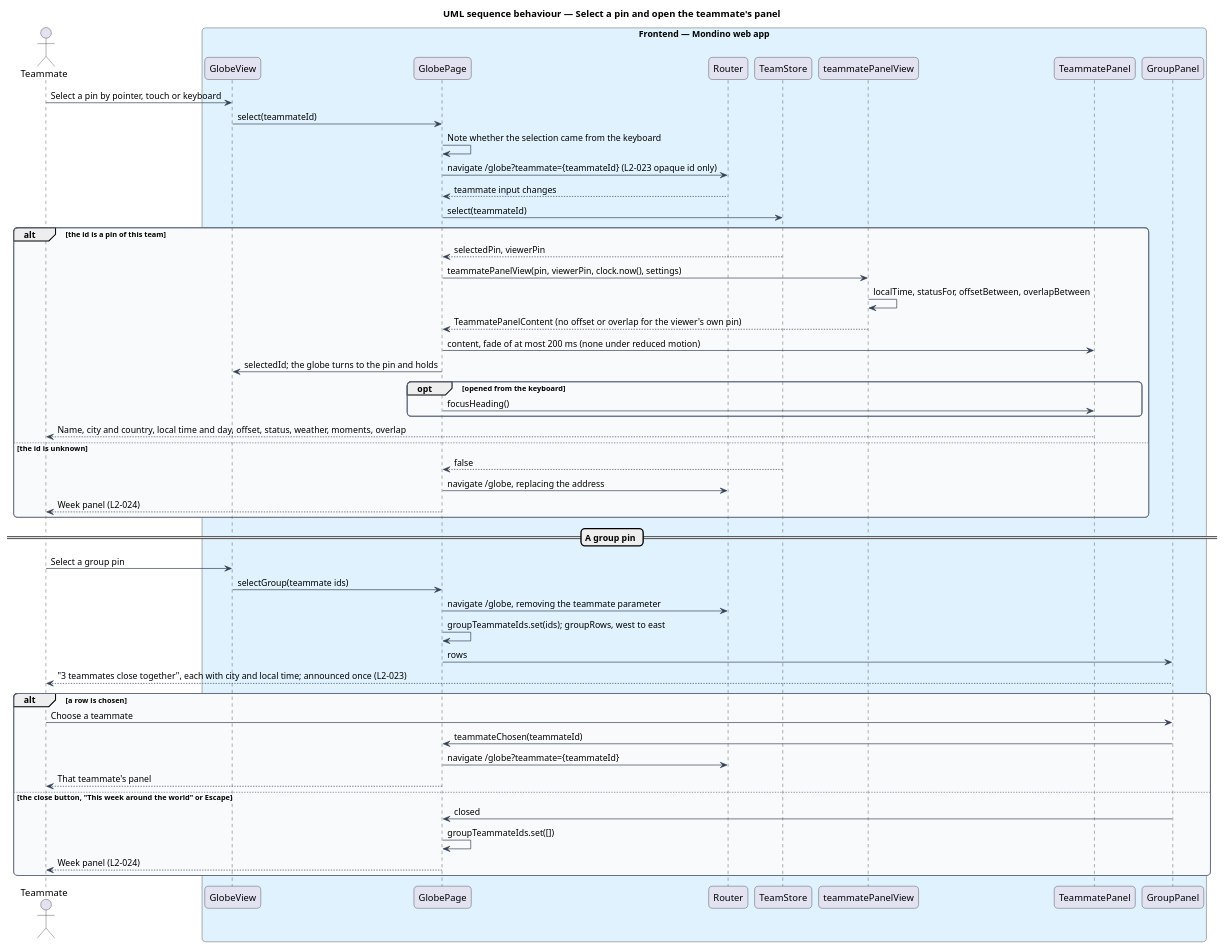
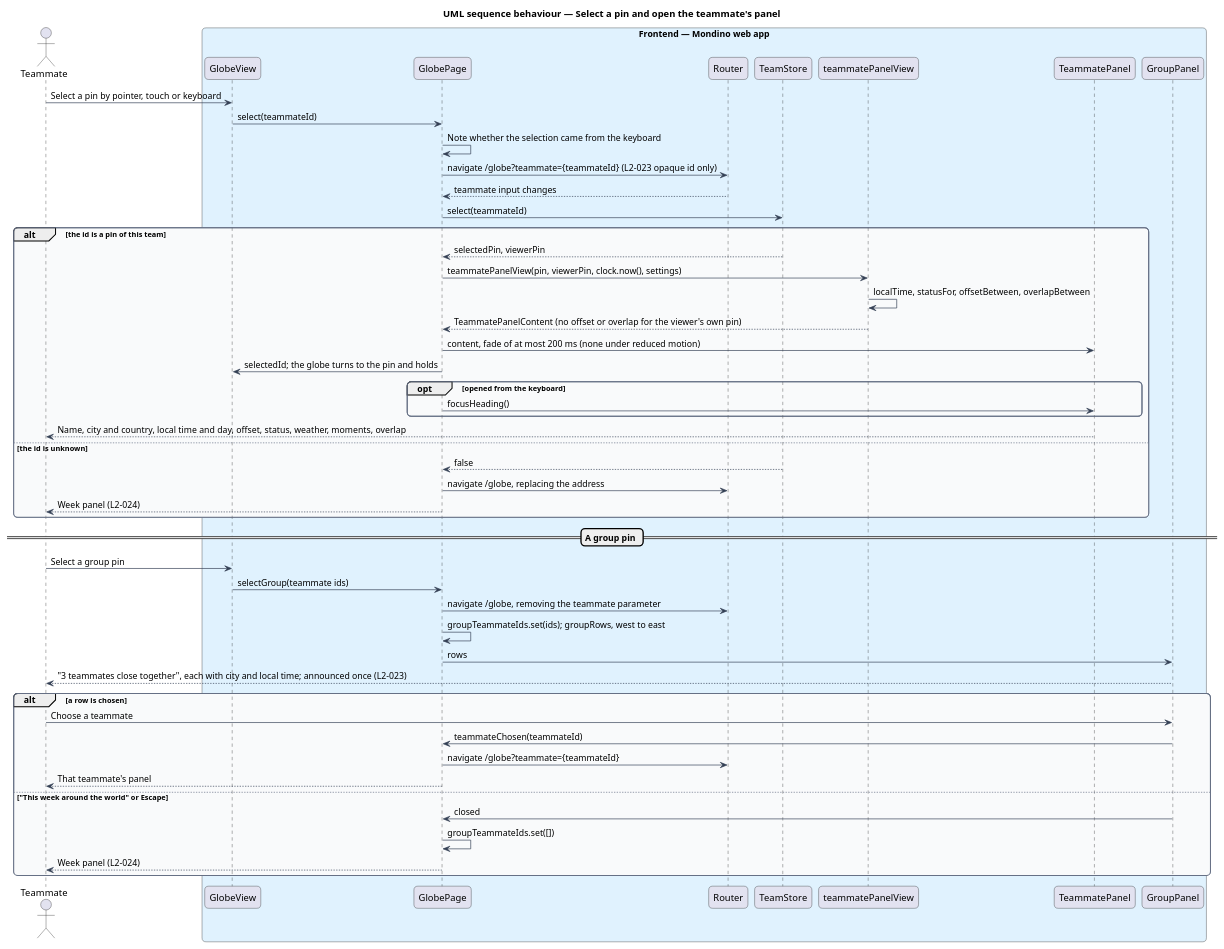
The diagram in docs/detailed-designs/team/view-teammate-panel/diagrams/sequence-select-pin.puml (QuinntyneBrown/Mondino), drawn with PlantUML before and after one commit. The commit also changed 23 other files, not shown here.

```diff
--- a/docs/detailed-designs/team/view-teammate-panel/diagrams/sequence-select-pin.puml
+++ b/docs/detailed-designs/team/view-teammate-panel/diagrams/sequence-select-pin.puml
@@ -1,66 +1,66 @@
 @startuml
 title UML sequence behaviour — Select a pin and open the teammate's panel
 skinparam backgroundColor #FFFFFF
 skinparam shadowing false
 skinparam roundcorner 12
 skinparam defaultFontName Arial
 skinparam ArrowColor #344054
 skinparam rectangle {
   BorderColor #344054
   FontColor #101828
 }
 skinparam package {
   BorderColor #667085
   FontColor #101828
   BackgroundColor #F9FAFB
 }
 actor "Teammate" as actor
 box "Frontend — Mondino web app" #E0F2FE
   participant "GlobeView" as globe
   participant "GlobePage" as page
   participant "Router" as router
   participant "TeamStore" as store
   participant "teammatePanelView" as view
   participant "TeammatePanel" as panel
   participant "GroupPanel" as group
 end box
 actor -> globe : Select a pin by pointer, touch or keyboard
 globe -> page : select(teammateId)
 page -> page : Note whether the selection came from the keyboard
 page -> router : navigate /globe?teammate={teammateId} (L2-023 opaque id only)
 router --> page : teammate input changes
 page -> store : select(teammateId)
 alt the id is a pin of this team
   store --> page : selectedPin, viewerPin
   page -> view : teammatePanelView(pin, viewerPin, clock.now(), settings)
   view -> view : localTime, statusFor, offsetBetween, overlapBetween
   view --> page : TeammatePanelContent (no offset or overlap for the viewer's own pin)
   page -> panel : content, fade of at most 200 ms (none under reduced motion)
   page -> globe : selectedId; the globe turns to the pin and holds
   opt opened from the keyboard
     page -> panel : focusHeading()
   end
   panel --> actor : Name, city and country, local time and day, offset, status, weather, moments, overlap
 else the id is unknown
   store --> page : false
   page -> router : navigate /globe, replacing the address
   page --> actor : Week panel (L2-024)
 end
 == A group pin ==
 actor -> globe : Select a group pin
 globe -> page : selectGroup(teammate ids)
 page -> router : navigate /globe, removing the teammate parameter
 page -> page : groupTeammateIds.set(ids); groupRows, west to east
 page -> group : rows
 group --> actor : "3 teammates close together", each with city and local time; announced once (L2-023)
 alt a row is chosen
   actor -> group : Choose a teammate
   group -> page : teammateChosen(teammateId)
   page -> router : navigate /globe?teammate={teammateId}
   page --> actor : That teammate's panel
-else the close button, "This week around the world" or Escape
+else "This week around the world" or Escape
   group -> page : closed
   page -> page : groupTeammateIds.set([])
   page --> actor : Week panel (L2-024)
 end
 @enduml
```
